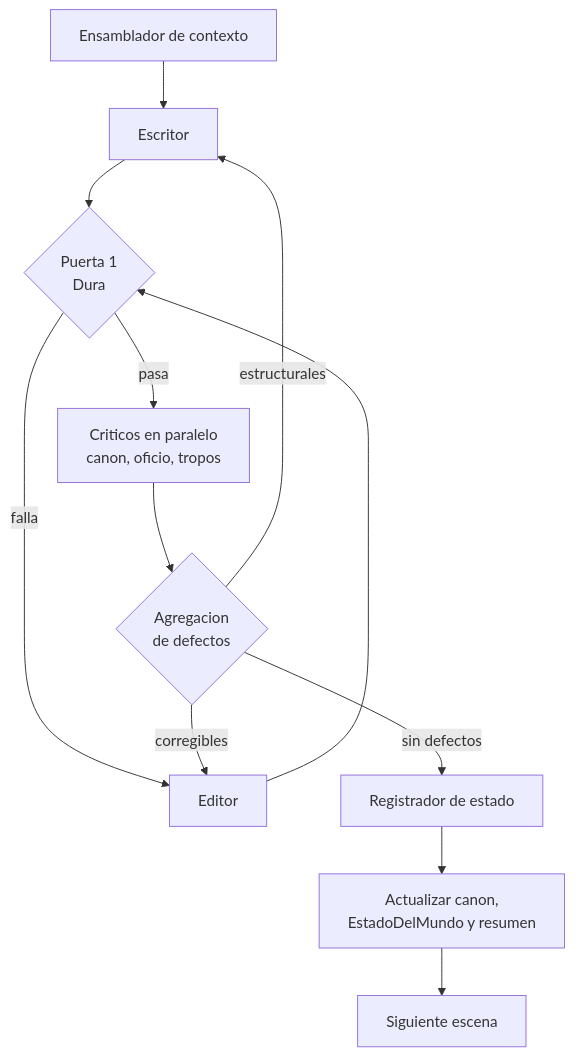
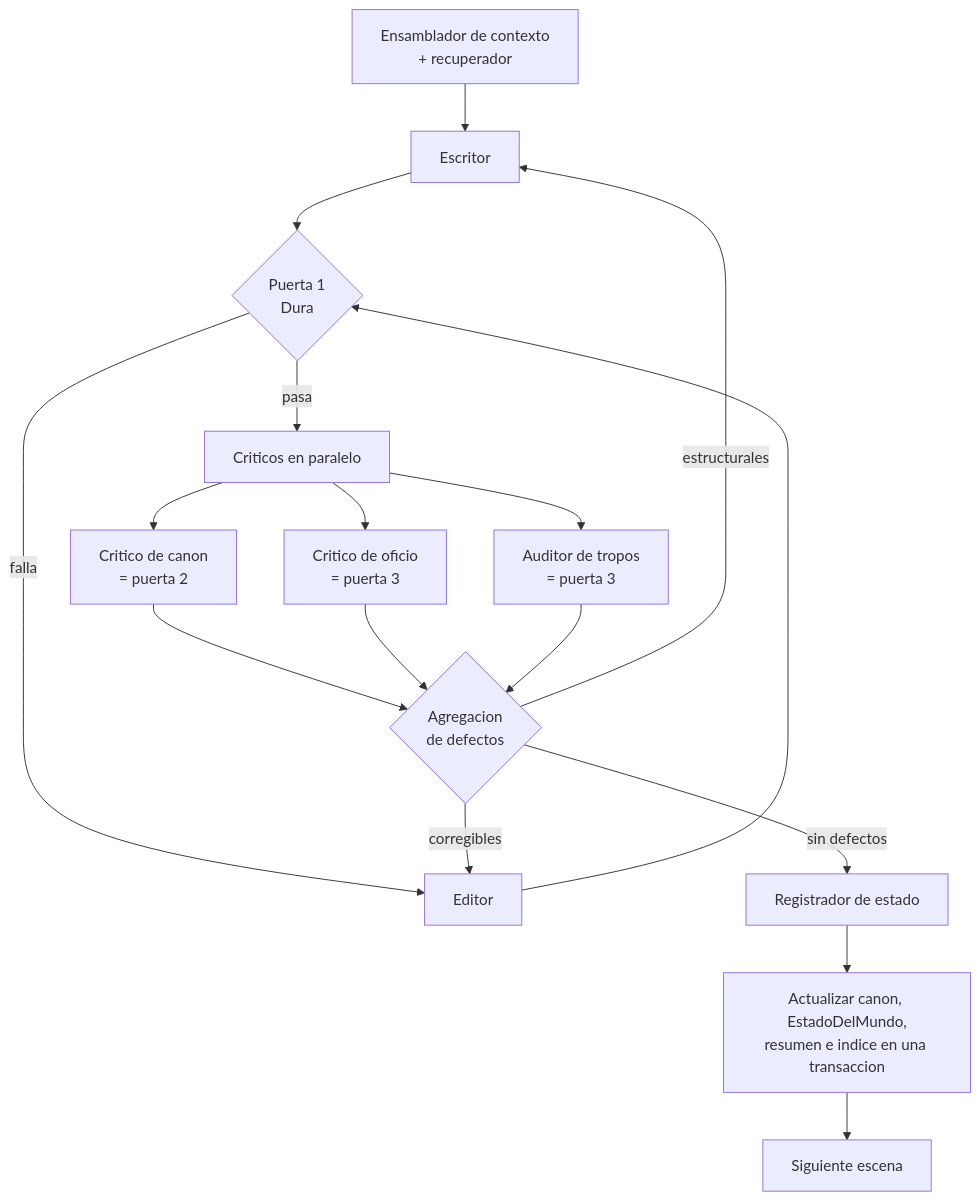
The ninth of 10 diagrams in docs/architecture.md (JNico-rb/story-maker), drawn with Mermaid before and after one commit. The commit also changed other lines of this file and 10 other files, not shown here.

````diff
--- a/docs/architecture.md
+++ b/docs/architecture.md
@@ -364,18 +599,25 @@
 ```mermaid
 graph TD
-    ENS[Ensamblador de contexto] --> ESC[Escritor]
+    ENS[Ensamblador de contexto<br/>+ recuperador] --> ESC[Escritor]
     ESC --> P1{Puerta 1<br/>Dura}
 
     P1 -->|falla| ED
-    P1 -->|pasa| CRI[Criticos en paralelo<br/>canon, oficio, tropos]
+    P1 -->|pasa| CRI[Criticos en paralelo]
 
-    CRI --> AGR{Agregacion<br/>de defectos}
+    CRI --> CC[Critico de canon<br/>= puerta 2]
+    CRI --> CO[Critico de oficio<br/>= puerta 3]
+    CRI --> AT[Auditor de tropos<br/>= puerta 3]
+
+    CC --> AGR{Agregacion<br/>de defectos}
+    CO --> AGR
+    AT --> AGR
+
     AGR -->|sin defectos| REG[Registrador de estado]
     AGR -->|corregibles| ED[Editor]
     AGR -->|estructurales| ESC
 
     ED --> P1
 
-    REG --> UPD[Actualizar canon,<br/>EstadoDelMundo y resumen]
+    REG --> UPD[Actualizar canon, EstadoDelMundo,<br/>resumen e indice en una transaccion]
     UPD --> SIG[Siguiente escena]
 ```
````
